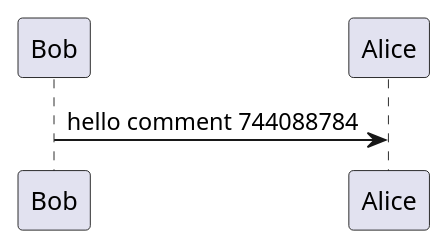
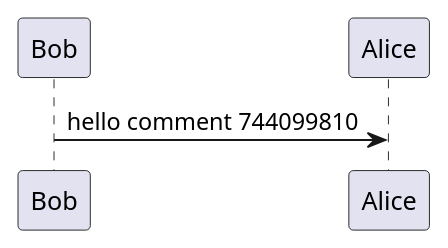
Before and after one commit to holowinski/plantuml-github-action: the diagram in examples/sequence.puml, drawn with PlantUML. The commit also changed 1 other file, not shown here.

Commit message:
Regenerated example diagram - new comment received

```diff
--- a/examples/sequence.puml
+++ b/examples/sequence.puml
@@ -1,3 +1,3 @@
 @startuml
-Bob->Alice : hello comment 744088784
+Bob->Alice : hello comment 744099810
 @enduml
```
